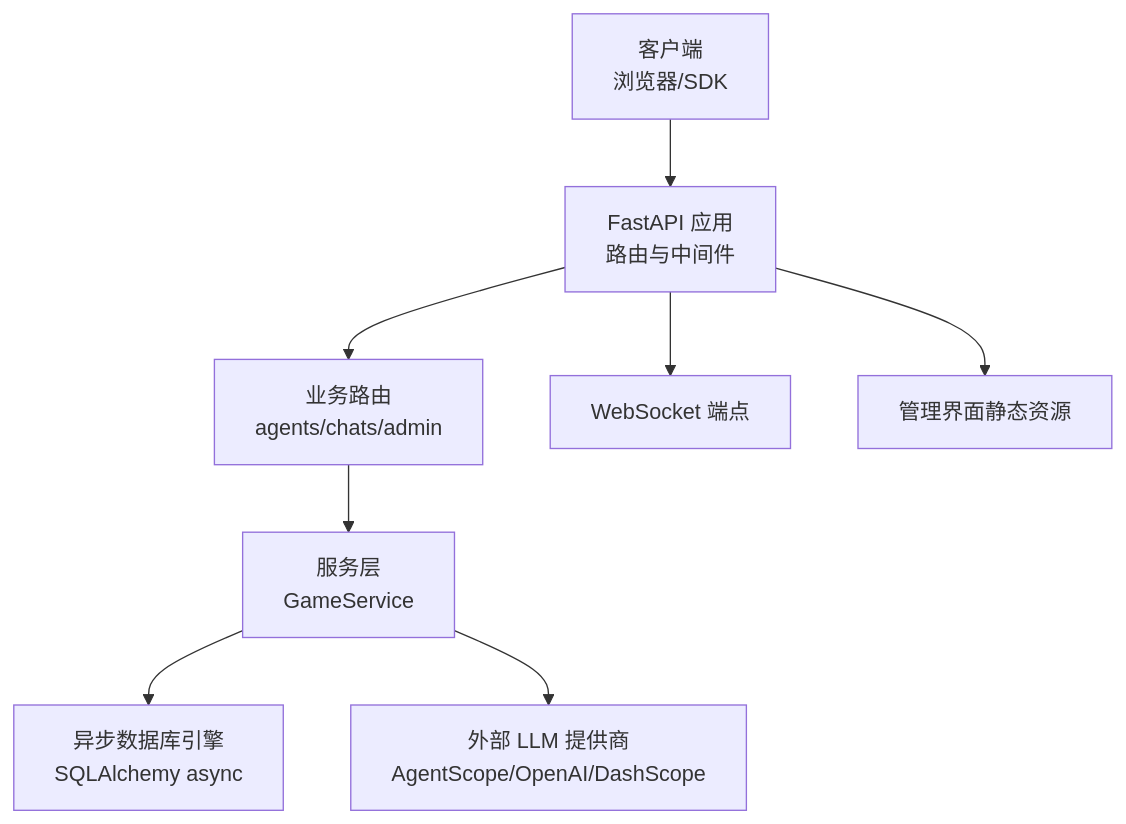
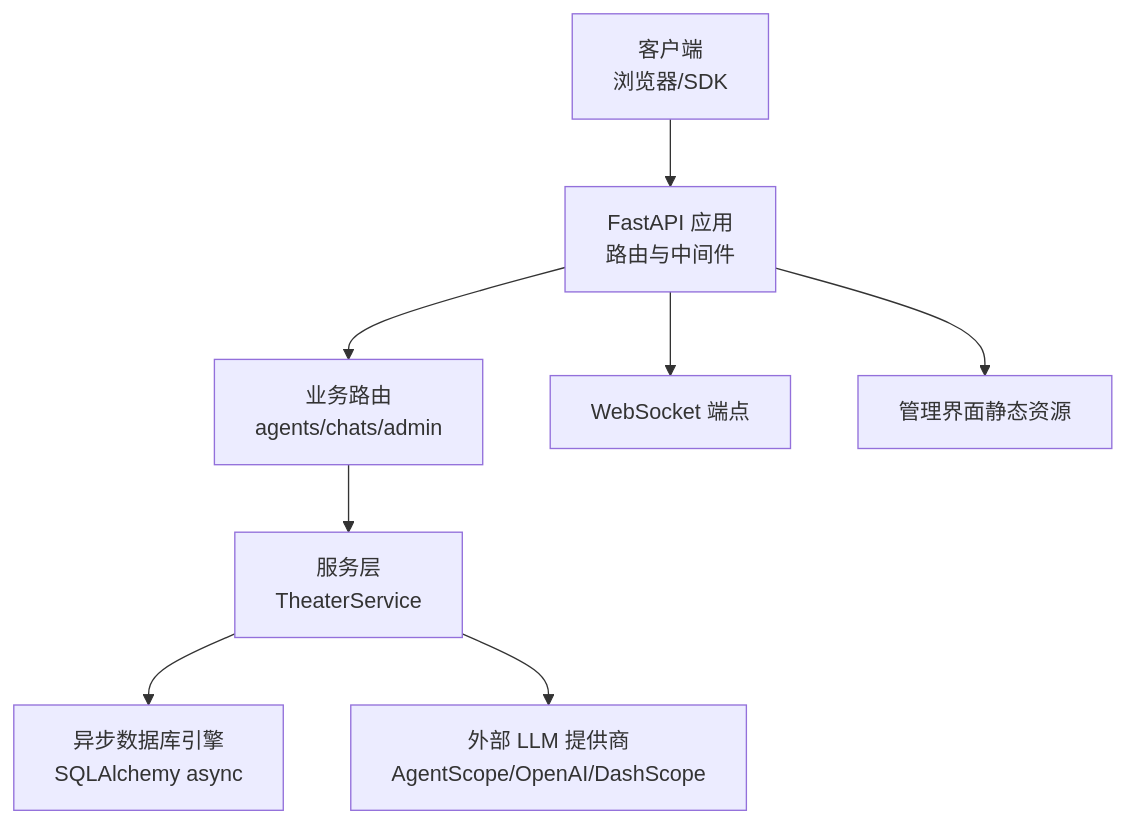
One commit to KunLabAI/KunFlix changed the first of 7 diagrams in .qoder/repowiki/zh/content/部署指南/后端部署/性能优化/性能监控与基准测试.md. Above: the diagram before and after it, drawn with Mermaid. The commit also changed other lines of this file and 112 other files, not shown here.

````diff
--- a/.qoder/repowiki/zh/content/部署指南/后端部署/性能优化/性能监控与基准测试.md
+++ b/.qoder/repowiki/zh/content/部署指南/后端部署/性能优化/性能监控与基准测试.md
@@ -38,10 +38,10 @@
 ```mermaid
 graph TB
 Client["客户端<br/>浏览器/SDK"] --> API["FastAPI 应用<br/>路由与中间件"]
 API --> Routers["业务路由<br/>agents/chats/admin"]
-Routers --> Service["服务层<br/>GameService"]
+Routers --> Service["服务层<br/>TheaterService"]
 Service --> DB["异步数据库引擎<br/>SQLAlchemy async"]
 Service --> LLM["外部 LLM 提供商<br/>AgentScope/OpenAI/DashScope"]
 API --> WS["WebSocket 端点"]
 API --> AdminUI["管理界面静态资源"]
 ```
````
